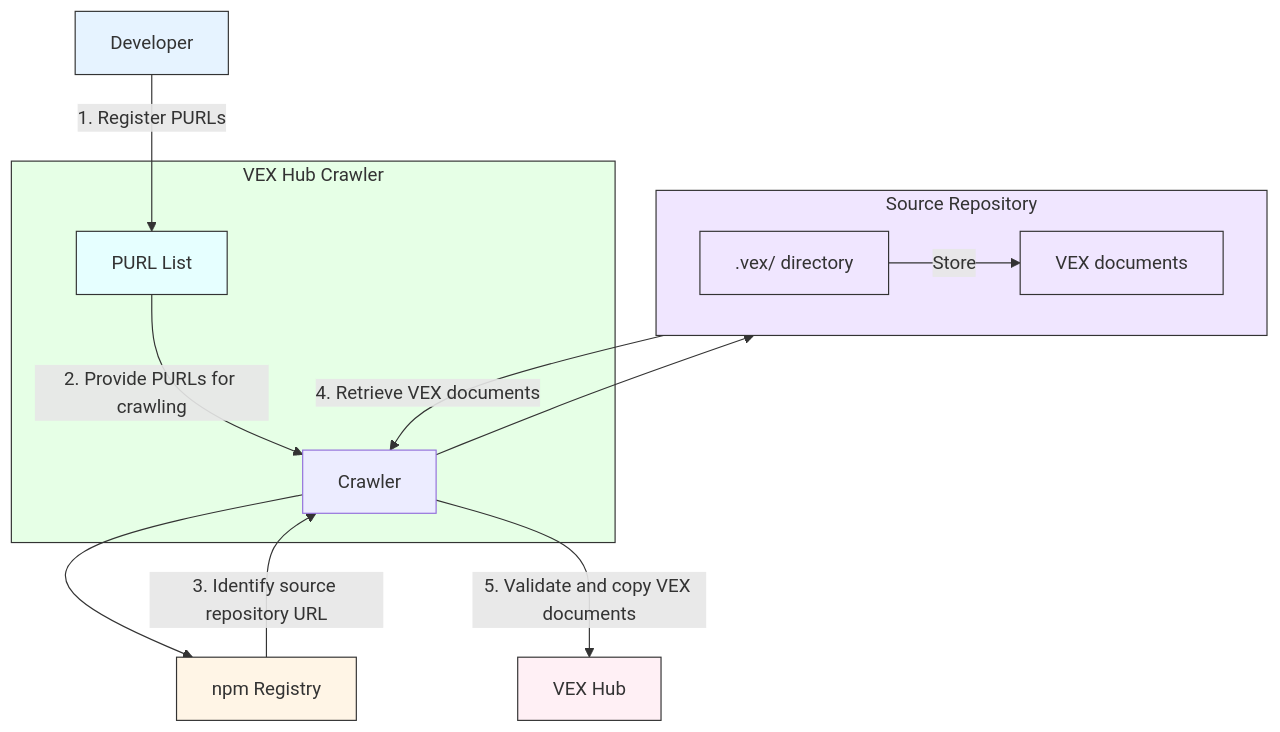
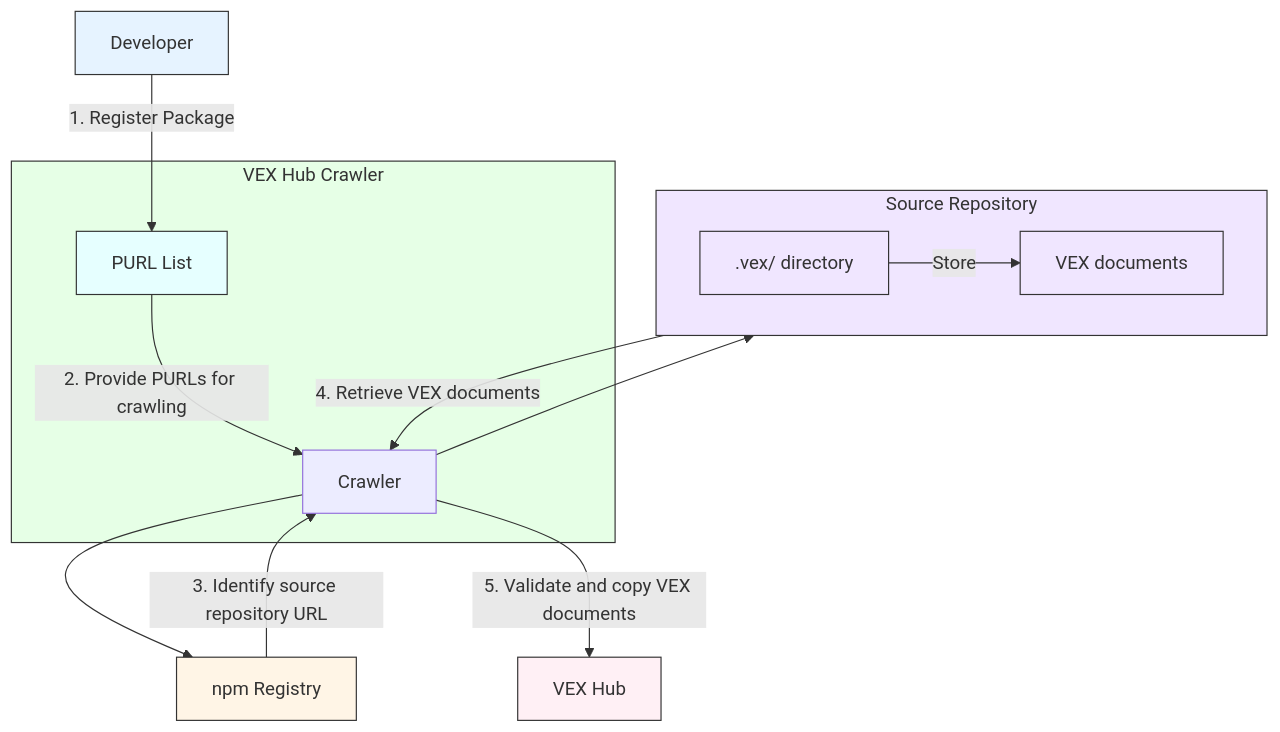
One commit to aquasecurity/vexhub-crawler changed the diagram in README.md. Above: the diagram before and after it, drawn with Mermaid.

````diff
--- a/README.md
+++ b/README.md
@@ -12,33 +12,33 @@
 ```mermaid
 flowchart TD
-    Dev[Developer] -->|1. Register PURLs| PL
+    Dev[Developer] -->|1. Register Package| PL
     PL[PURL List] -->|2. Provide PURLs for crawling| Crawler
     Crawler --> Registry[npm Registry]
     Registry -->|3. Identify source repository URL| Crawler
     Crawler --> Src
     Src -->|4. Retrieve VEX documents| Crawler
     Crawler -->|5. Validate and copy VEX documents| Hub[VEX Hub]
 
     subgraph Src [Source Repository]
         Dir[.vex/ directory] -->|Store| Doc[VEX documents]
     end
 
     subgraph crawler [VEX Hub Crawler]
         Crawler
         PL
     end
 
     classDef dev fill:#e6f3ff,stroke:#333,stroke-width:1px;
     classDef vexHub fill:#fff0f5,stroke:#333,stroke-width:1px;
     classDef crawler fill:#e6ffe6,stroke:#333,stroke-width:1px;
     classDef npmReg fill:#fff5e6,stroke:#333,stroke-width:1px;
     classDef sourceRepo fill:#f0e6ff,stroke:#333,stroke-width:1px;
     classDef purlList fill:#e6ffff,stroke:#333,stroke-width:1px;
 
     class Dev dev;
     class Hub vexHub;
     class crawler crawler;
     class Registry npmReg;
     class Src,Dir,Doc sourceRepo;
     class PL purlList;
 ```
````
